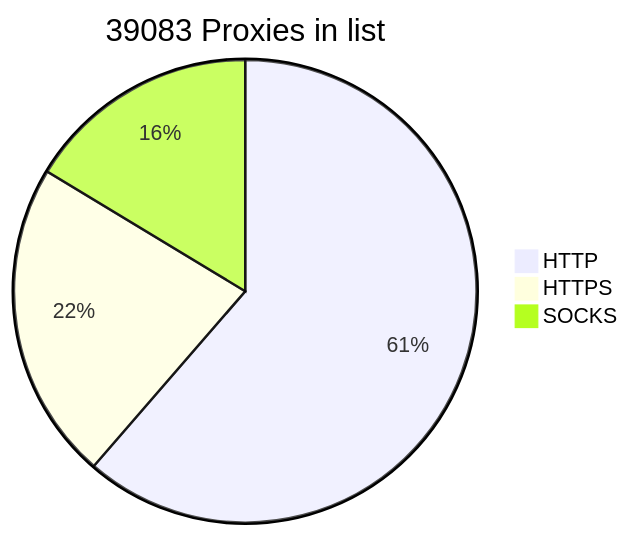
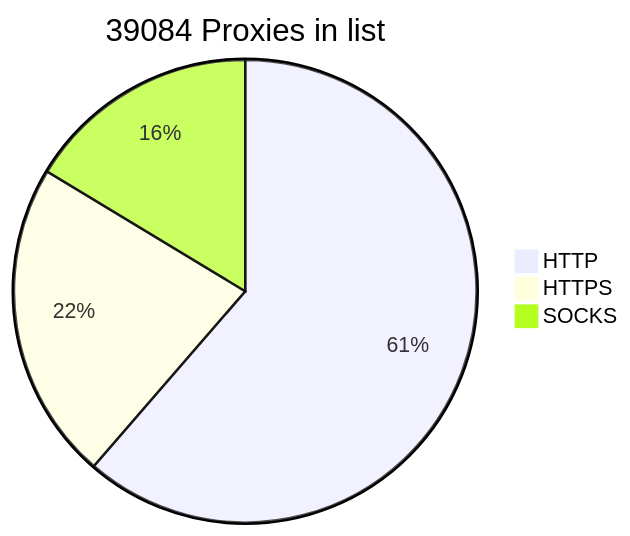
Before and after one commit to BlackSnowDot/proxylist-update-every-minute: the diagram in README.md, drawn with Mermaid.

````diff
--- a/README.md
+++ b/README.md
@@ -2,6 +2,6 @@
 ```mermaid
-pie title 39083 Proxies in list
+pie title 39084 Proxies in list
     "HTTP" : 28234
     "HTTPS": 10258
-    "SOCKS" : 7522
+    "SOCKS" : 7523
 ```
````
